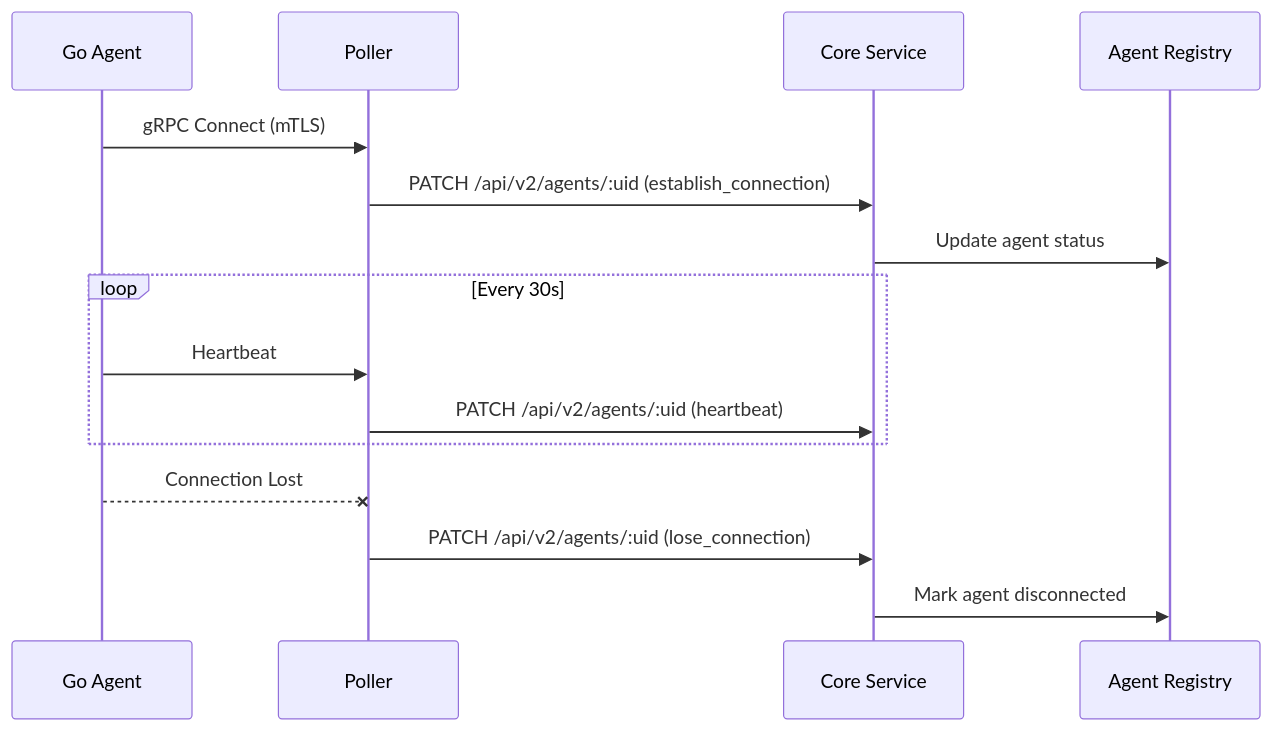
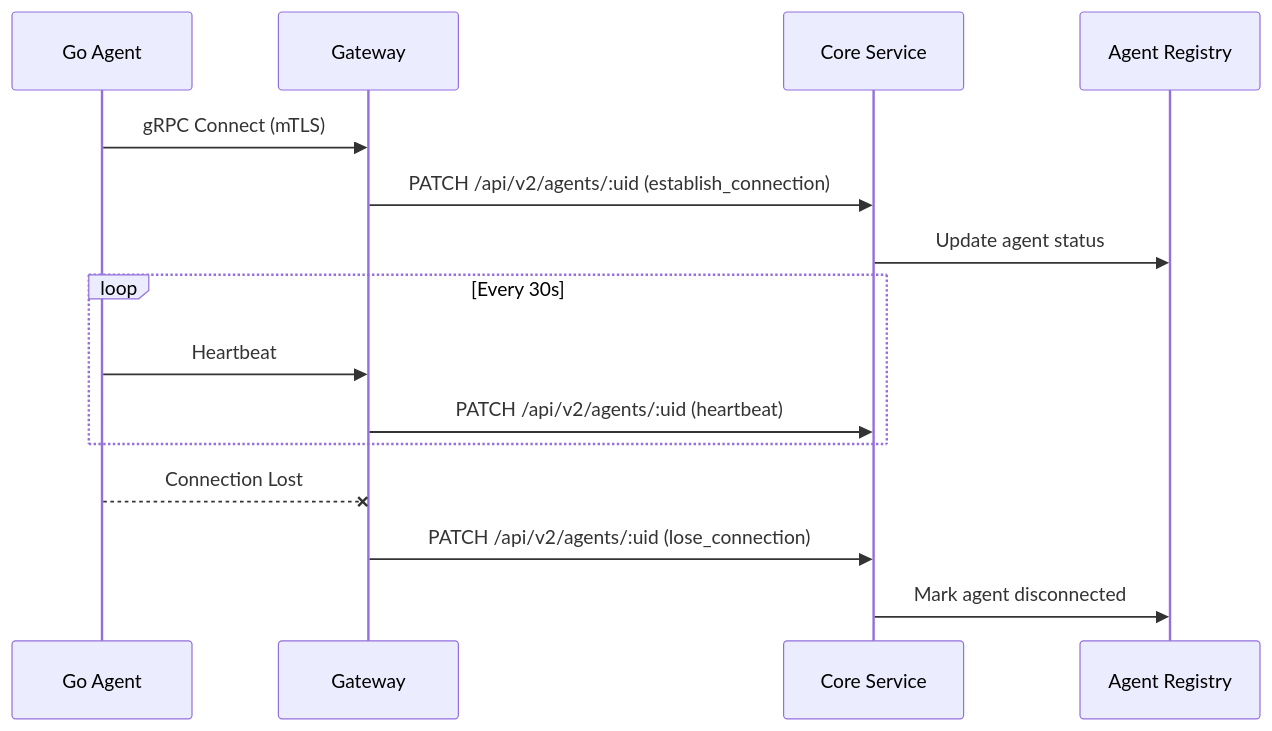
The second of 2 diagrams in docs/docs/edge-agents.md (carverauto/serviceradar), drawn with Mermaid before and after one commit. The commit also changed other lines of this file and 118 other files, not shown here.

````diff
--- a/docs/docs/edge-agents.md
+++ b/docs/docs/edge-agents.md
@@ -172,20 +172,20 @@
 ```mermaid
 sequenceDiagram
     participant Agent as Go Agent
-    participant Poller as Poller
+    participant Gateway as Gateway
     participant Core as Core Service
     participant Registry as Agent Registry
 
-    Agent->>Poller: gRPC Connect (mTLS)
-    Poller->>Core: PATCH /api/v2/agents/:uid (establish_connection)
+    Agent->>Gateway: gRPC Connect (mTLS)
+    Gateway->>Core: PATCH /api/v2/agents/:uid (establish_connection)
     Core->>Registry: Update agent status
 
     loop Every 30s
-        Agent->>Poller: Heartbeat
-        Poller->>Core: PATCH /api/v2/agents/:uid (heartbeat)
+        Agent->>Gateway: Heartbeat
+        Gateway->>Core: PATCH /api/v2/agents/:uid (heartbeat)
     end
 
-    Agent--xPoller: Connection Lost
-    Poller->>Core: PATCH /api/v2/agents/:uid (lose_connection)
+    Agent--xGateway: Connection Lost
+    Gateway->>Core: PATCH /api/v2/agents/:uid (lose_connection)
     Core->>Registry: Mark agent disconnected
 ```
````
